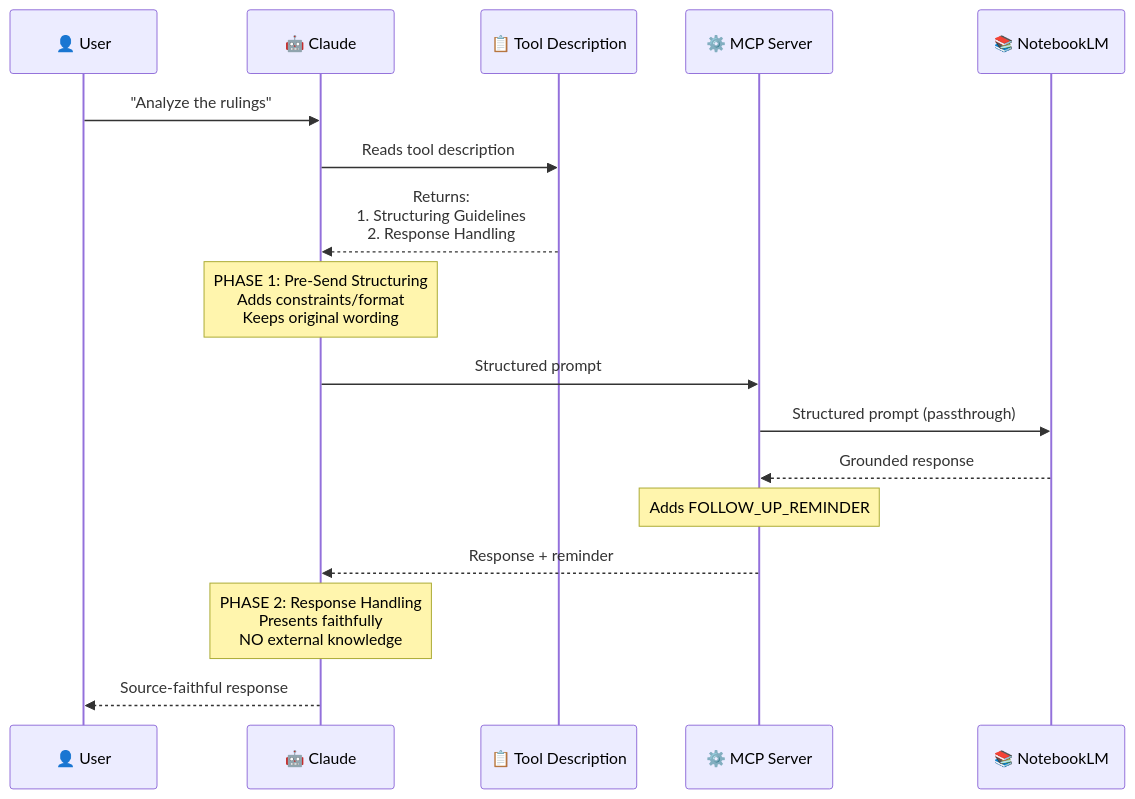
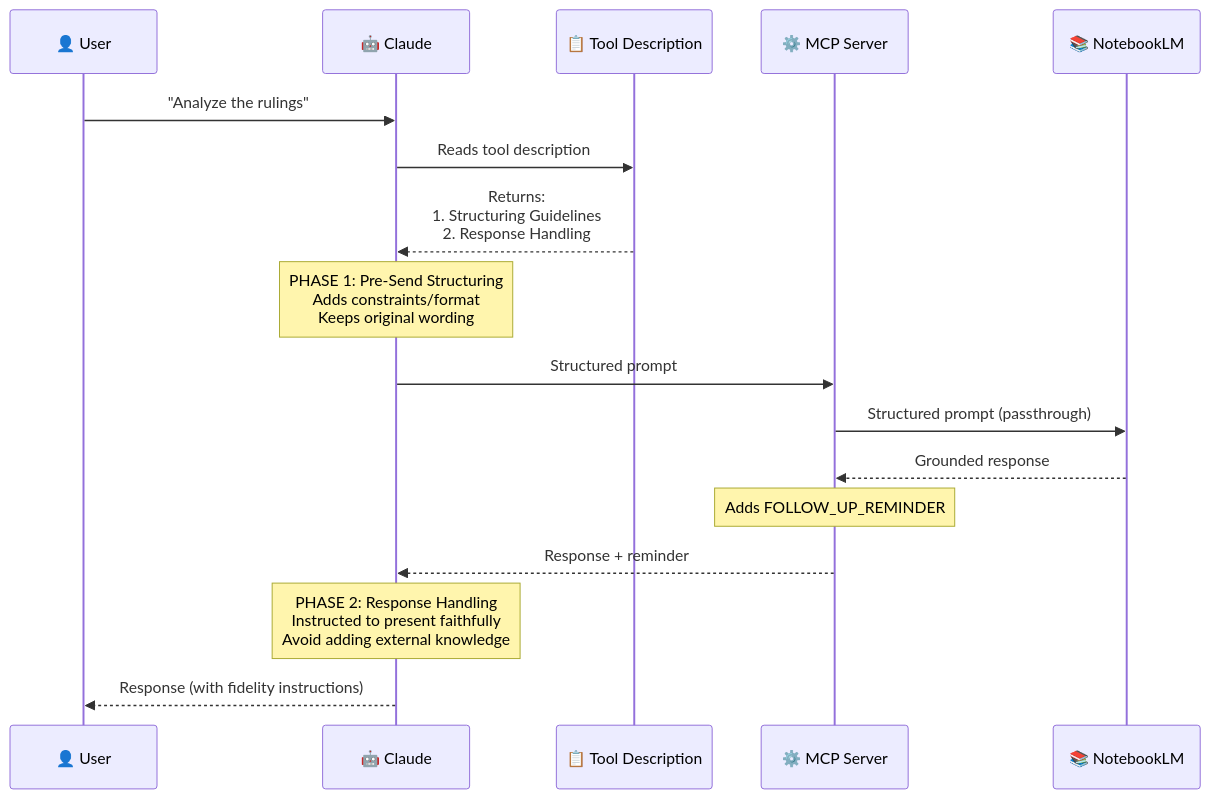
One commit to paolodalprato/notebooklm-mcp-structured changed the second of 2 diagrams in CUSTOM_MODIFICATIONS.md. Above: the diagram before and after it, drawn with Mermaid. The commit also changed other lines of this file and 1 other file, not shown here.

````diff
--- a/CUSTOM_MODIFICATIONS.md
+++ b/CUSTOM_MODIFICATIONS.md
@@ -177,23 +181,23 @@
 ```mermaid
 sequenceDiagram
     participant U as 👤 User
     participant C as 🤖 Claude
     participant TD as 📋 Tool Description
     participant MCP as ⚙️ MCP Server
     participant NLM as 📚 NotebookLM
 
     U->>C: "Analyze the rulings"
     C->>TD: Reads tool description
     TD-->>C: Returns:<br/>1. Structuring Guidelines<br/>2. Response Handling
 
     Note over C: PHASE 1: Pre-Send Structuring<br/>Adds constraints/format<br/>Keeps original wording
     C->>MCP: Structured prompt
     MCP->>NLM: Structured prompt (passthrough)
 
     NLM-->>MCP: Grounded response
     Note over MCP: Adds FOLLOW_UP_REMINDER
     MCP-->>C: Response + reminder
 
-    Note over C: PHASE 2: Response Handling<br/>Presents faithfully<br/>NO external knowledge
-    C-->>U: Source-faithful response
+    Note over C: PHASE 2: Response Handling<br/>Instructed to present faithfully<br/>Avoid adding external knowledge
+    C-->>U: Response (with fidelity instructions)
 ```
````
